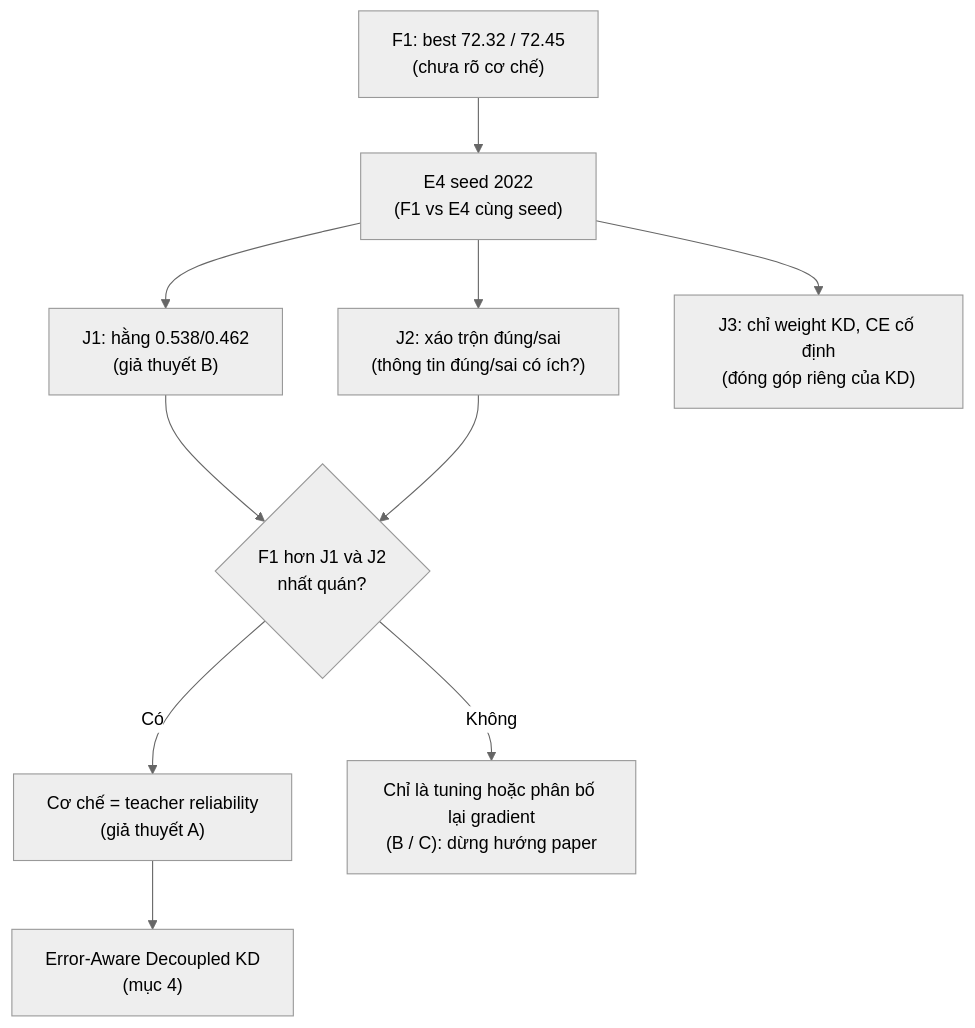
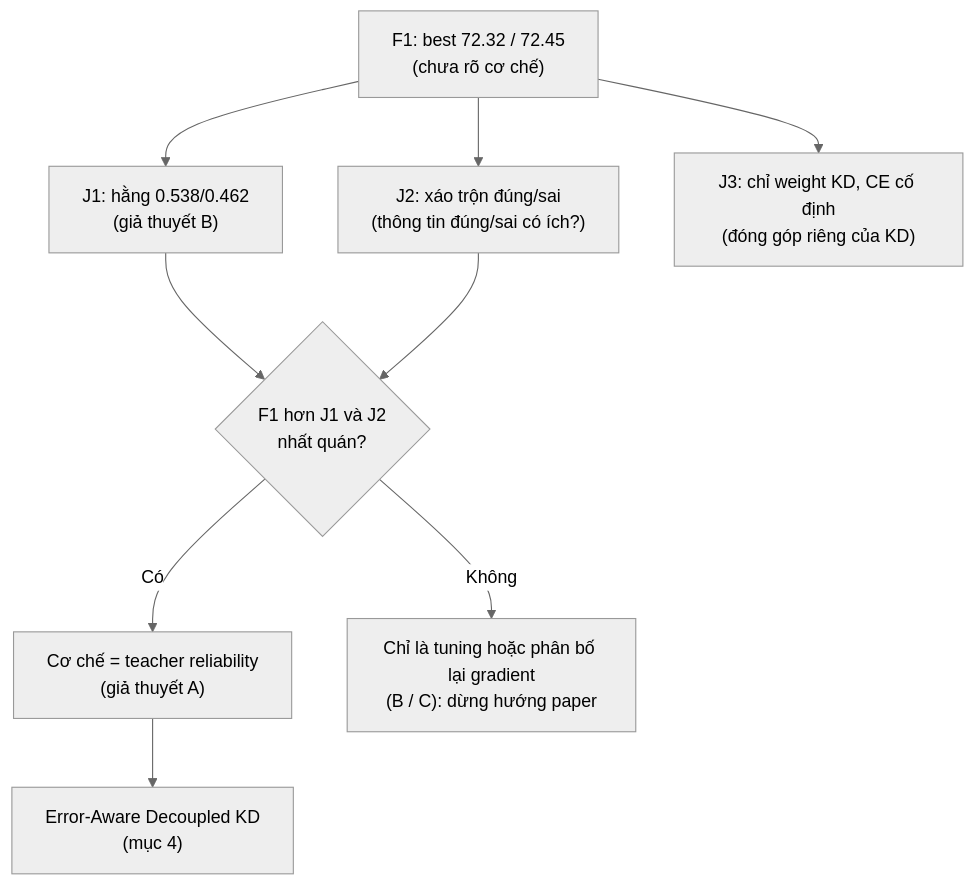
Before and after one commit to trananhkiet/StreamLined: the diagram in kaggle/experiments/2026-11-12_research_direction_f1_mechanism.md, drawn with Mermaid (neutral theme). The commit also changed other lines of this file and 1 other file, not shown here.

First line of the commit message:
Research direction: drop E4 seed 2022 from the plan (user decision)

````diff
--- a/kaggle/experiments/2026-11-12_research_direction_f1_mechanism.md
+++ b/kaggle/experiments/2026-11-12_research_direction_f1_mechanism.md
@@ -43,12 +44,11 @@
 ```mermaid
 flowchart TD
-    F1["F1: best 72.32 / 72.45<br/>(chưa rõ cơ chế)"] --> E4["E4 seed 2022<br/>(F1 vs E4 cùng seed)"]
-    E4 --> J1["J1: hằng 0.538/0.462<br/>(giả thuyết B)"]
-    E4 --> J2["J2: xáo trộn đúng/sai<br/>(thông tin đúng/sai có ích?)"]
-    E4 --> J3["J3: chỉ weight KD, CE cố định<br/>(đóng góp riêng của KD)"]
+    F1["F1: best 72.32 / 72.45<br/>(chưa rõ cơ chế)"] --> J1["J1: hằng 0.538/0.462<br/>(giả thuyết B)"]
+    F1 --> J2["J2: xáo trộn đúng/sai<br/>(thông tin đúng/sai có ích?)"]
+    F1 --> J3["J3: chỉ weight KD, CE cố định<br/>(đóng góp riêng của KD)"]
     J1 --> Q{"F1 hơn J1 và J2<br/>nhất quán?"}
     J2 --> Q
     Q -- "Có" --> M["Cơ chế = teacher reliability<br/>(giả thuyết A)"]
     Q -- "Không" --> N["Chỉ là tuning hoặc phân bố lại gradient<br/>(B / C): dừng hướng paper"]
     M --> D["Error-Aware Decoupled KD<br/>(mục 4)"]
 ```
````
